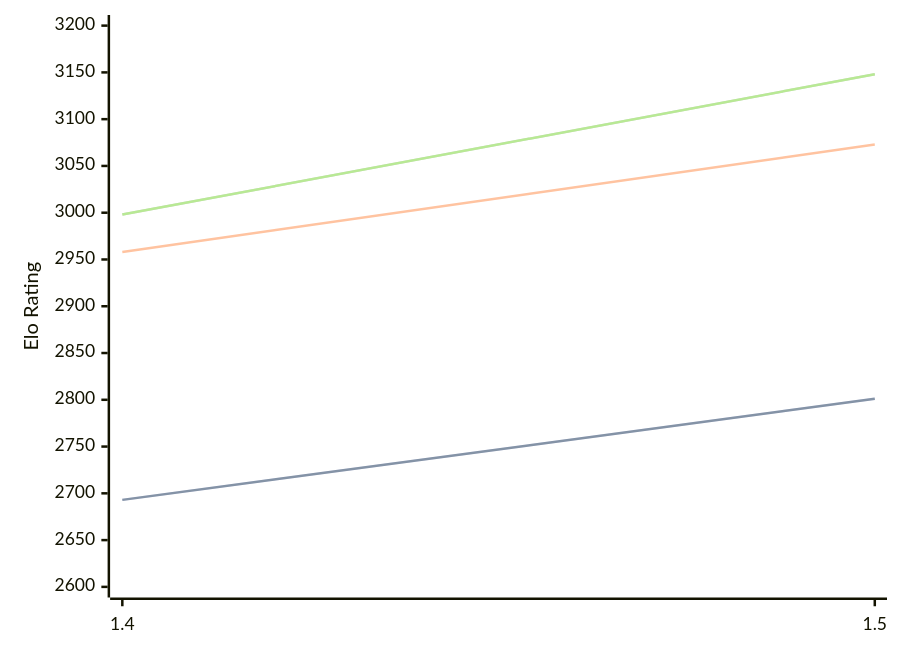
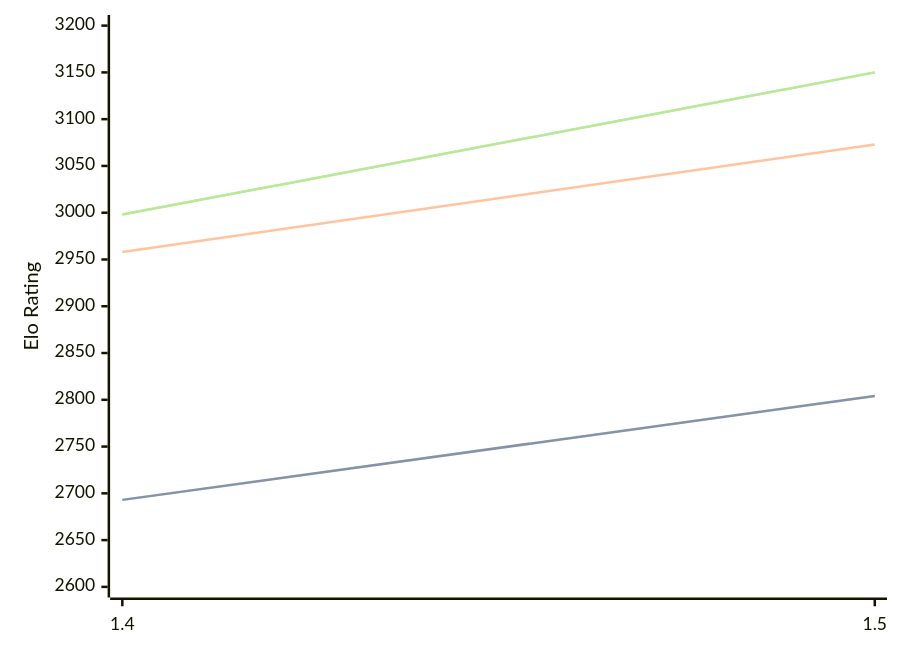
One commit to computer-chess-index/cci changed the diagram in engines/Yakka.md. Above: the diagram before and after it, drawn with Mermaid. The commit also changed other lines of this file, not shown here.

Commit message:
Update CCI Ratings (ELO VLTC) - 2026-04-22

````diff
--- a/engines/Yakka.md
+++ b/engines/Yakka.md
@@ -36,11 +36,11 @@
 ```mermaid
 %%{init: {"theme":"base","themeVariables":{"seriesColors:['#a3a3a3','#222221','#faa371']}}}%%
 xychart-beta
   x-axis ["1.4", "1.5"]
   y-axis "Elo Rating" 2600 --> 3200
-  line "STC (8.0+0.08s)" [2693, 2801]
-  line "STC (8.0+0.08s)" [2693, 2801]
+  line "STC (8.0+0.08s)" [2693, 2804]
+  line "STC (8.0+0.08s)" [2693, 2804]
   line "LTC (60.0+0.60s)" [2958, 3073]
-  line "VLTC (2m24s+1.12s)" [2998, 3148]
-  line "VLTC (2m24s+1.12s)" [2998, 3148]
+  line "VLTC (2m24s+1.12s)" [2998, 3150]
+  line "VLTC (2m24s+1.12s)" [2998, 3150]
 ```
````
